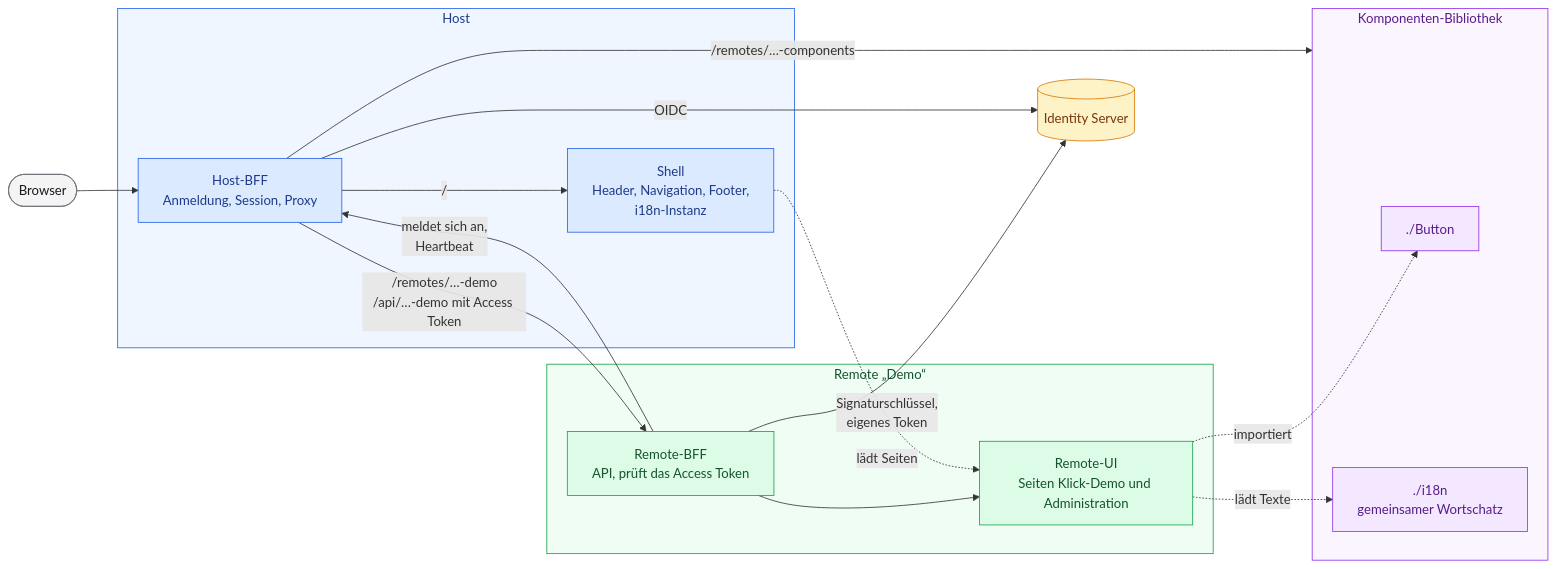
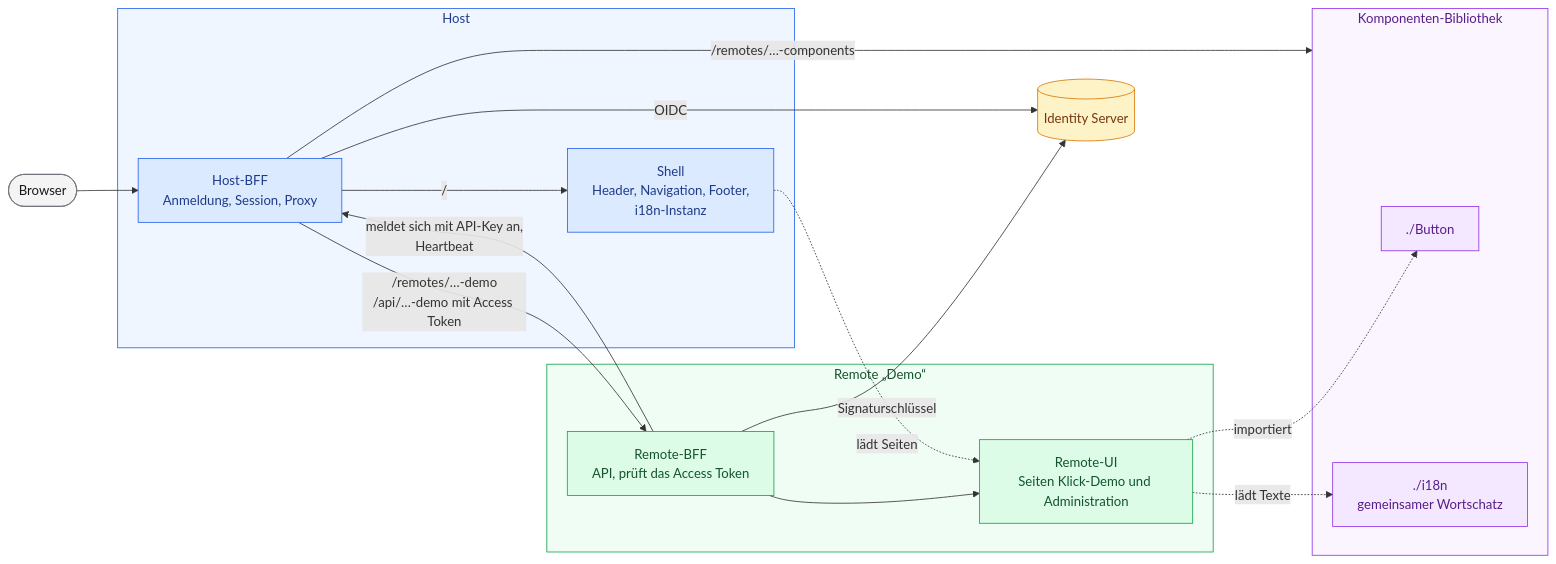
One commit to Marcel-B/Microfrontend changed the first of 4 diagrams in README.md. Above: the diagram before and after it, drawn with Mermaid. The commit also changed other lines of this file and 43 other files, not shown here.

First line of the commit message:
Remotes melden sich per API-Key an, Navigation in Gruppen (#8)

````diff
--- a/README.md
+++ b/README.md
@@ -35,47 +35,47 @@
 ```mermaid
 flowchart LR
   browser(["Browser"])
 
   subgraph host["Host"]
     hostBff["Host-BFF<br/>Anmeldung, Session, Proxy"]
     shell["Shell<br/>Header, Navigation, Footer,<br/>i18n-Instanz"]
   end
 
   subgraph remote["Remote „Demo“"]
     remoteBff["Remote-BFF<br/>API, prüft das Access Token"]
     remoteUi["Remote-UI<br/>Seiten Klick-Demo und Administration"]
   end
 
   subgraph library["Komponenten-Bibliothek"]
     button["./Button"]
     i18n["./i18n<br/>gemeinsamer Wortschatz"]
   end
 
   identity[("Identity Server")]
 
   browser --> hostBff
   hostBff -->|"/"| shell
   hostBff -->|"/remotes/…-demo<br/>/api/…-demo mit Access Token"| remoteBff
   remoteBff --> remoteUi
   hostBff -->|"/remotes/…-components"| library
   hostBff -->|"OIDC"| identity
-  remoteBff -->|"Signaturschlüssel,<br/>eigenes Token"| identity
-  remoteBff -->|"meldet sich an,<br/>Heartbeat"| hostBff
+  remoteBff -->|"Signaturschlüssel"| identity
+  remoteBff -->|"meldet sich mit API-Key an,<br/>Heartbeat"| hostBff
   shell -.->|"lädt Seiten"| remoteUi
   remoteUi -.->|"importiert"| button
   remoteUi -.->|"lädt Texte"| i18n
 
   classDef host fill:#dbeafe,stroke:#2563eb,color:#1e3a8a
   classDef remote fill:#dcfce7,stroke:#16a34a,color:#14532d
   classDef library fill:#f3e8ff,stroke:#9333ea,color:#581c87
   classDef identity fill:#fef3c7,stroke:#d97706,color:#78350f
   classDef neutral fill:#f4f4f5,stroke:#71717a,color:#18181b
   class hostBff,shell host
   class remoteBff,remoteUi remote
   class button,i18n library
   class identity identity
   class browser neutral
   style host fill:#eff6ff,stroke:#2563eb,color:#1e3a8a
   style remote fill:#f0fdf4,stroke:#16a34a,color:#14532d
   style library fill:#faf5ff,stroke:#9333ea,color:#581c87
 ```
````
